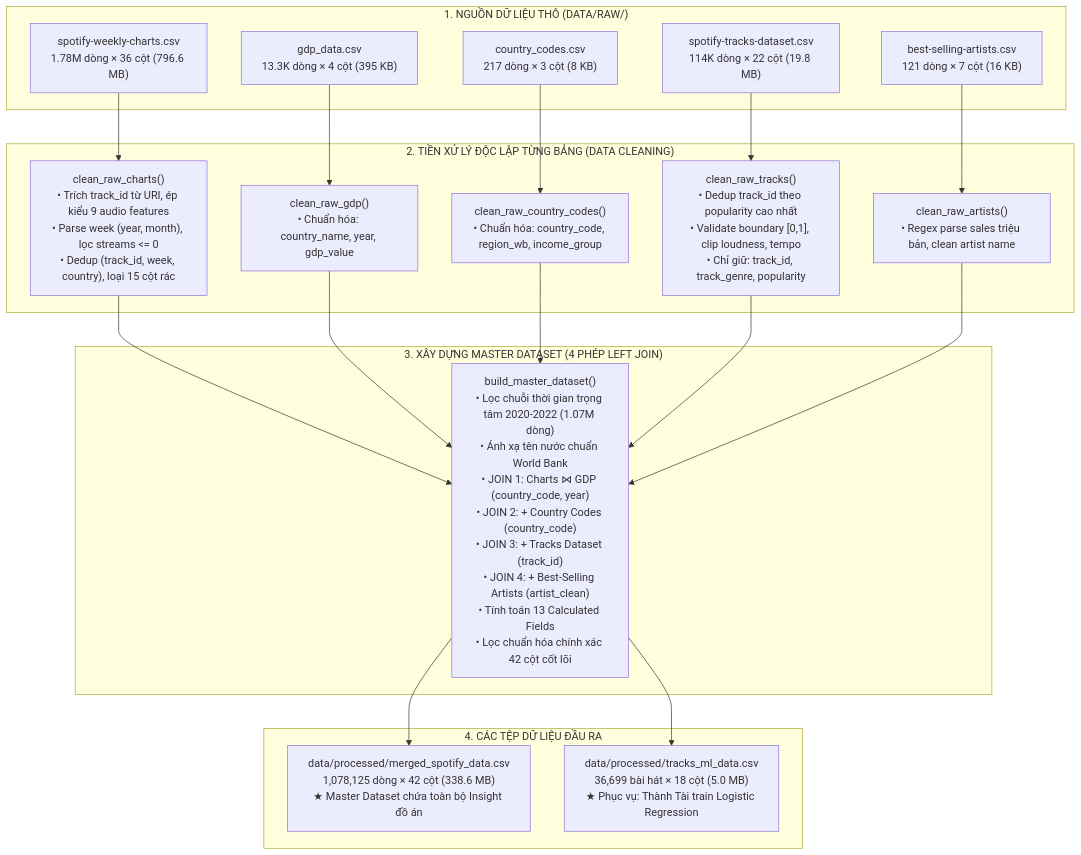
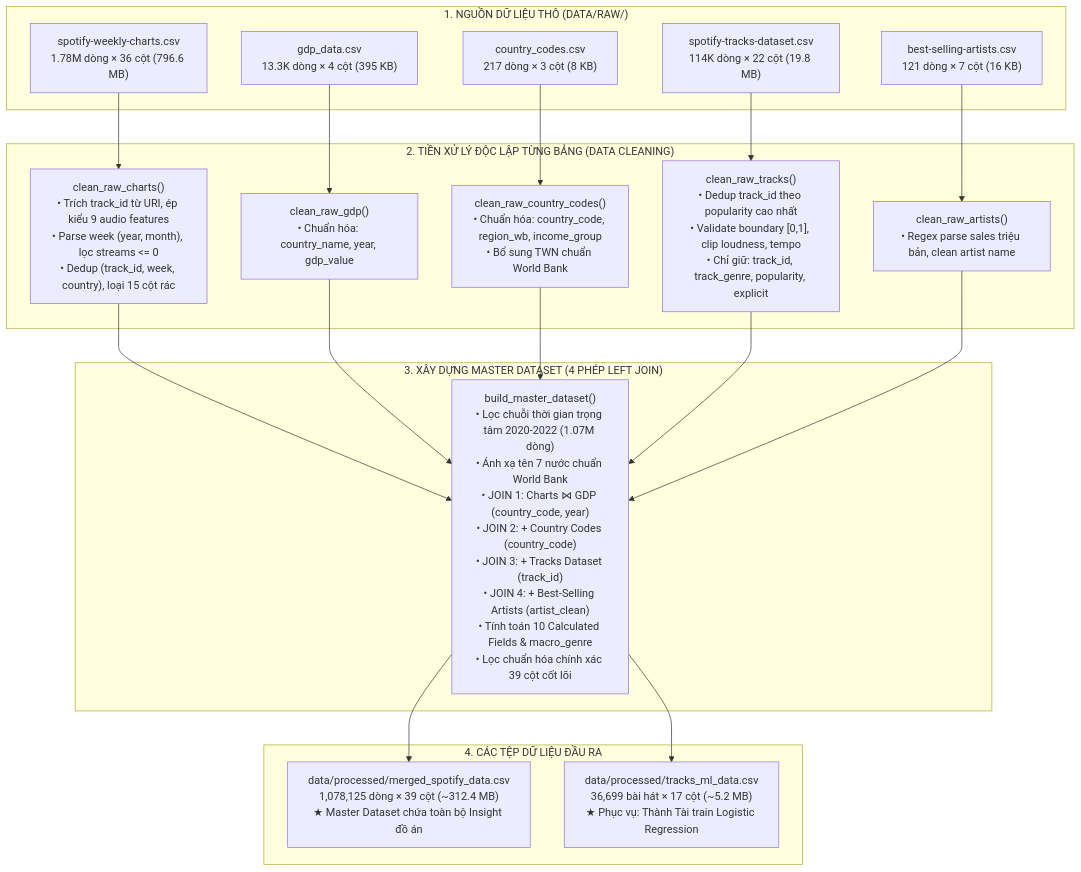
One commit to lyhiahan/Spotify_Audio_Trends_Analytics changed the diagram in docs/data_processing_flow.md. Above: the diagram before and after it, drawn with Mermaid. The commit also changed other lines of this file and 6 other files, not shown here.

First line of the commit message:
feat(etl, eda, docs): standardize 39-col master & macro_genre, remove covid_phase/log_streams, update data dictionary & notebooks

````diff
--- a/docs/data_processing_flow.md
+++ b/docs/data_processing_flow.md
@@ -32,38 +32,38 @@
 ```mermaid
 flowchart TD
     subgraph S1["1. NGUỒN DỮ LIỆU THÔ (DATA/RAW/)"]
         RAW_C["spotify-weekly-charts.csv<br/>1.78M dòng × 36 cột (796.6 MB)"]
         RAW_T["spotify-tracks-dataset.csv<br/>114K dòng × 22 cột (19.8 MB)"]
         RAW_G["gdp_data.csv<br/>13.3K dòng × 4 cột (395 KB)"]
         RAW_CC["country_codes.csv<br/>217 dòng × 3 cột (8 KB)"]
         RAW_A["best-selling-artists.csv<br/>121 dòng × 7 cột (16 KB)"]
     end
 
     subgraph S2["2. TIỀN XỬ LÝ ĐỘC LẬP TỪNG BẢNG (DATA CLEANING)"]
         CLEAN_C["clean_raw_charts()<br/>• Trích track_id từ URI, ép kiểu 9 audio features<br/>• Parse week (year, month), lọc streams <= 0<br/>• Dedup (track_id, week, country), loại 15 cột rác"]
-        CLEAN_T["clean_raw_tracks()<br/>• Dedup track_id theo popularity cao nhất<br/>• Validate boundary [0,1], clip loudness, tempo<br/>• Chỉ giữ: track_id, track_genre, popularity"]
+        CLEAN_T["clean_raw_tracks()<br/>• Dedup track_id theo popularity cao nhất<br/>• Validate boundary [0,1], clip loudness, tempo<br/>• Chỉ giữ: track_id, track_genre, popularity, explicit"]
         CLEAN_A["clean_raw_artists()<br/>• Regex parse sales triệu bản, clean artist name"]
         CLEAN_G["clean_raw_gdp()<br/>• Chuẩn hóa: country_name, year, gdp_value"]
-        CLEAN_CC["clean_raw_country_codes()<br/>• Chuẩn hóa: country_code, region_wb, income_group"]
+        CLEAN_CC["clean_raw_country_codes()<br/>• Chuẩn hóa: country_code, region_wb, income_group<br/>• Bổ sung TWN chuẩn World Bank"]
     end
 
     subgraph S3["3. XÂY DỰNG MASTER DATASET (4 PHÉP LEFT JOIN)"]
-        BUILD["build_master_dataset()<br/>• Lọc chuỗi thời gian trọng tâm 2020-2022 (1.07M dòng)<br/>• Ánh xạ tên nước chuẩn World Bank<br/>• JOIN 1: Charts ⋈ GDP (country_code, year)<br/>• JOIN 2: + Country Codes (country_code)<br/>• JOIN 3: + Tracks Dataset (track_id)<br/>• JOIN 4: + Best-Selling Artists (artist_clean)<br/>• Tính toán 13 Calculated Fields<br/>• Lọc chuẩn hóa chính xác 42 cột cốt lõi"]
+        BUILD["build_master_dataset()<br/>• Lọc chuỗi thời gian trọng tâm 2020-2022 (1.07M dòng)<br/>• Ánh xạ tên 7 nước chuẩn World Bank<br/>• JOIN 1: Charts ⋈ GDP (country_code, year)<br/>• JOIN 2: + Country Codes (country_code)<br/>• JOIN 3: + Tracks Dataset (track_id)<br/>• JOIN 4: + Best-Selling Artists (artist_clean)<br/>• Tính toán 10 Calculated Fields & macro_genre<br/>• Lọc chuẩn hóa chính xác 39 cột cốt lõi"]
     end
 
     subgraph S4["4. CÁC TỆP DỮ LIỆU ĐẦU RA"]
-        OUT_M["data/processed/merged_spotify_data.csv<br/>1,078,125 dòng × 42 cột (338.6 MB)<br/>★ Master Dataset chứa toàn bộ Insight đồ án"]
-        OUT_S2["data/processed/tracks_ml_data.csv<br/>36,699 bài hát × 18 cột (5.0 MB)<br/>★ Phục vụ: Thành Tài train Logistic Regression"]
+        OUT_M["data/processed/merged_spotify_data.csv<br/>1,078,125 dòng × 39 cột (~312.4 MB)<br/>★ Master Dataset chứa toàn bộ Insight đồ án"]
+        OUT_S2["data/processed/tracks_ml_data.csv<br/>36,699 bài hát × 17 cột (~5.2 MB)<br/>★ Phục vụ: Thành Tài train Logistic Regression"]
     end
 
     RAW_C --> CLEAN_C
     RAW_T --> CLEAN_T
     RAW_A --> CLEAN_A
     RAW_G --> CLEAN_G
     RAW_CC --> CLEAN_CC
 
     CLEAN_C & CLEAN_G & CLEAN_CC & CLEAN_T & CLEAN_A --> BUILD
 
     BUILD --> OUT_M
     BUILD --> OUT_S2
 ```
````
